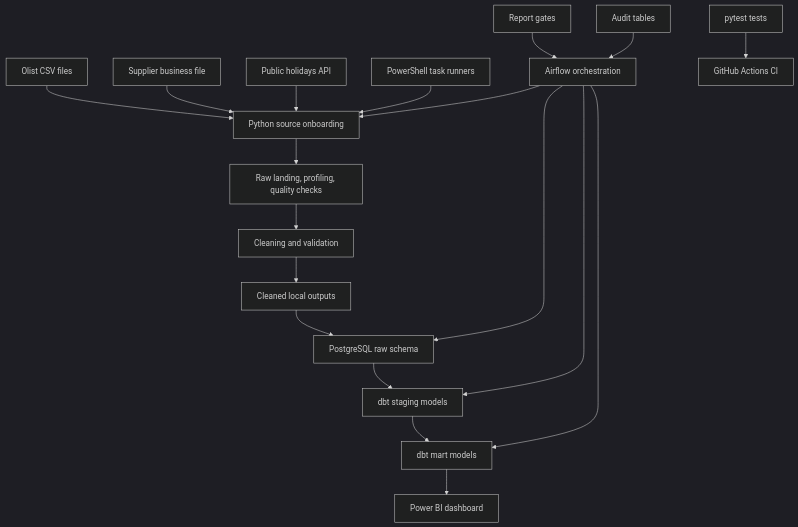
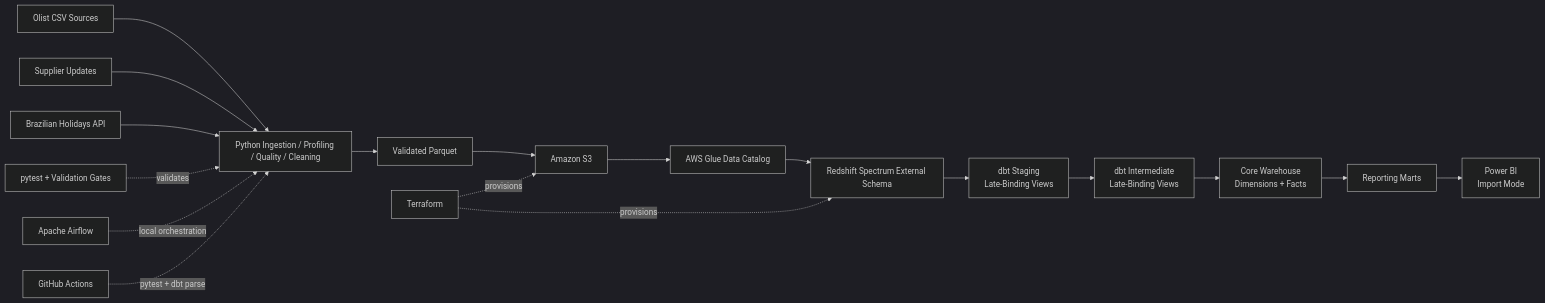
One commit to NasrinMokhtarian/retail-analytics-data-platform changed the diagram in README.md. Above: the diagram before and after it, drawn with Mermaid (dark theme). The commit also changed other lines of this file, not shown here.

````diff
--- a/README.md
+++ b/README.md
@@ -83,25 +27,23 @@
 ```mermaid
-flowchart TD
-    A[Olist CSV files] --> D[Python source onboarding]
-    B[Supplier business file] --> D
-    C[Public holidays API] --> D
+flowchart LR
+    A[Olist CSV Sources] --> B[Python Ingestion / Profiling / Quality / Cleaning]
+    S[Supplier Updates] --> B
+    H[Brazilian Holidays API] --> B
 
-    D --> E[Raw landing, profiling, quality checks]
-    E --> F[Cleaning and validation]
-    F --> G[Cleaned local outputs]
+    B --> C[Validated Parquet]
+    C --> D[Amazon S3]
+    D --> E[AWS Glue Data Catalog]
+    E --> F[Redshift Spectrum External Schema]
 
-    G --> H[PostgreSQL raw schema]
-    H --> I[dbt staging models]
-    I --> J[dbt mart models]
-    J --> K[Power BI dashboard]
+    F --> G[dbt Staging<br/>Late-Binding Views]
+    G --> I[dbt Intermediate<br/>Late-Binding Views]
+    I --> J[Core Warehouse<br/>Dimensions + Facts]
+    J --> K[Reporting Marts]
+    K --> L[Power BI<br/>Import Mode]
 
-    L[PowerShell task runners] --> D
-    M[Airflow orchestration] --> D
-    M --> H
-    M --> I
-    M --> J
-
-    N[pytest tests] --> O[GitHub Actions CI]
-    P[Report gates] --> M
-    Q[Audit tables] --> M
+    T[Terraform] -. provisions .-> D
+    T -. provisions .-> F
+    Q[pytest + Validation Gates] -. validates .-> B
+    AF[Apache Airflow] -. local orchestration .-> B
+    CI[GitHub Actions] -. pytest + dbt parse .-> B
 ```
````
